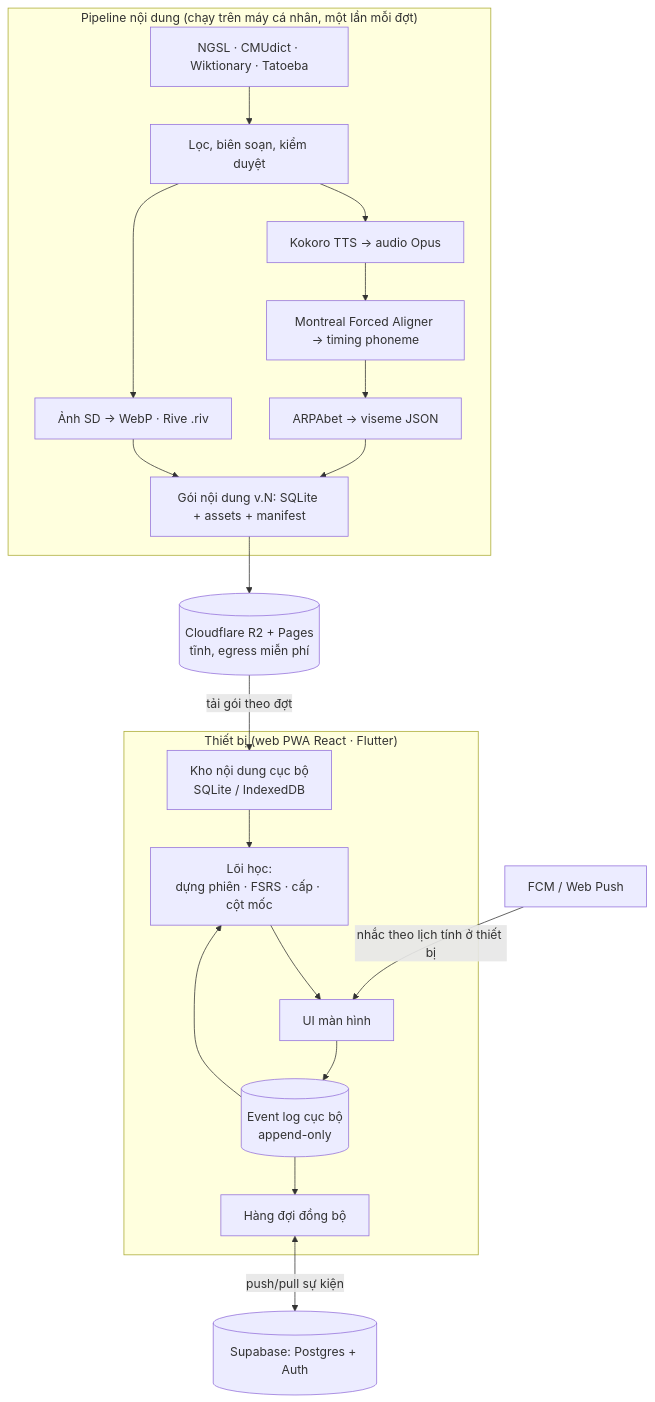
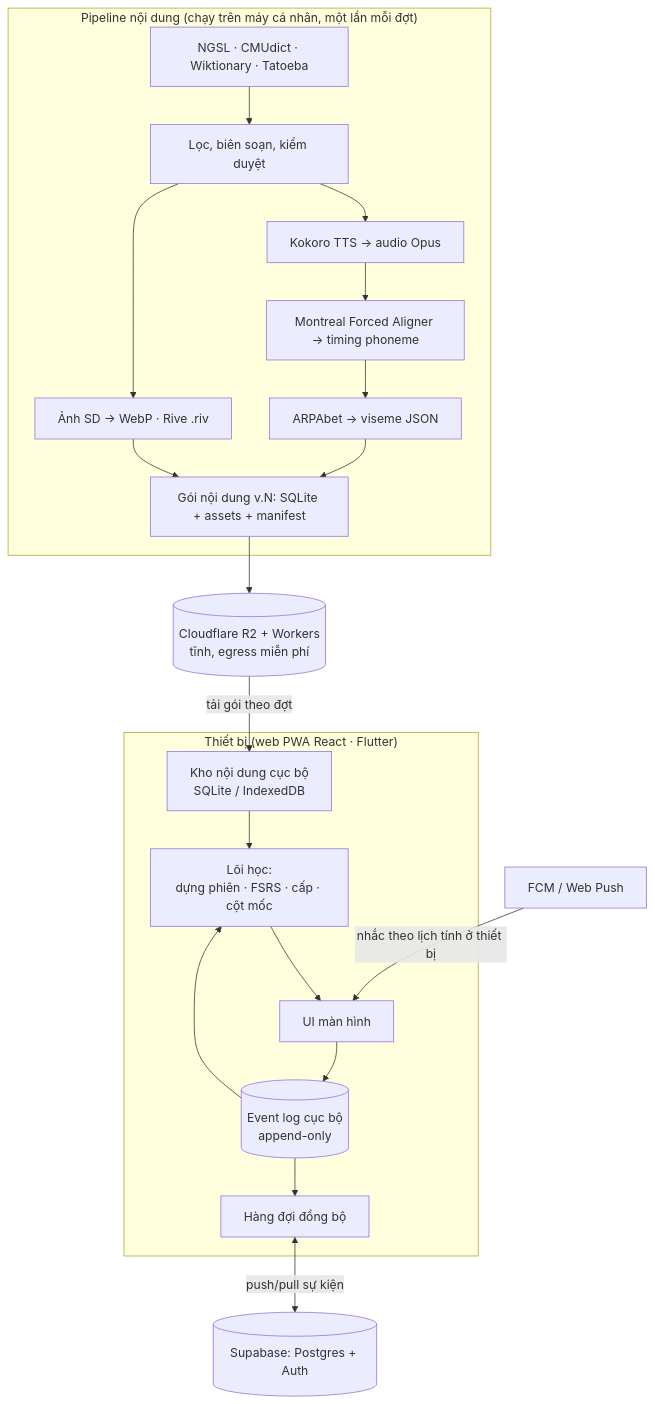
Before and after one commit to hieudelfi/MoonEgg: the first of 14 diagrams in docs/07-kien-truc.md, drawn with Mermaid. The commit also changed other lines of this file and 3 other files, not shown here.

Commit message:
docs(P.2): record the switch from pages to workers

````diff
--- a/docs/07-kien-truc.md
+++ b/docs/07-kien-truc.md
@@ -21,23 +21,23 @@
 ```mermaid
 flowchart TB
   subgraph Build["Pipeline nội dung (chạy trên máy cá nhân, một lần mỗi đợt)"]
     S1[NGSL · CMUdict · Wiktionary · Tatoeba] --> P1[Lọc, biên soạn, kiểm duyệt]
     P1 --> P2[Kokoro TTS → audio Opus]
     P2 --> P3[Montreal Forced Aligner → timing phoneme]
     P3 --> P4[ARPAbet → viseme JSON]
     P1 --> P5[Ảnh SD → WebP · Rive .riv]
     P4 --> PK[Gói nội dung v.N: SQLite + assets + manifest]
     P5 --> PK
   end
-  PK --> CDN[(Cloudflare R2 + Pages<br/>tĩnh, egress miễn phí)]
+  PK --> CDN[(Cloudflare R2 + Workers<br/>tĩnh, egress miễn phí)]
   subgraph Device["Thiết bị (web PWA React · Flutter)"]
     C1[Kho nội dung cục bộ<br/>SQLite / IndexedDB] --> C2[Lõi học:<br/>dựng phiên · FSRS · cấp · cột mốc]
     C2 --> C3[UI màn hình]
     C3 --> C4[(Event log cục bộ<br/>append-only)]
     C4 --> C2
     C4 --> C5[Hàng đợi đồng bộ]
   end
   CDN -->|tải gói theo đợt| C1
   C5 <-->|push/pull sự kiện| SV[(Supabase: Postgres + Auth)]
   FCM[FCM / Web Push] -->|nhắc theo lịch tính ở thiết bị| C3
 ```
````
